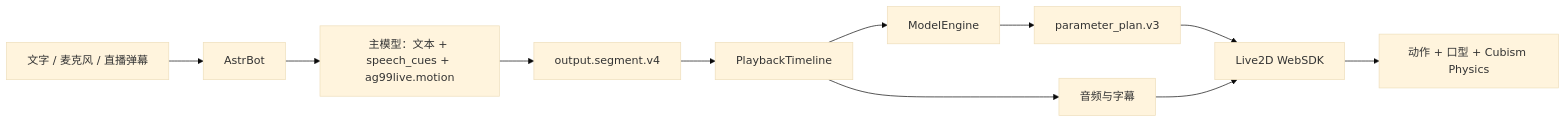
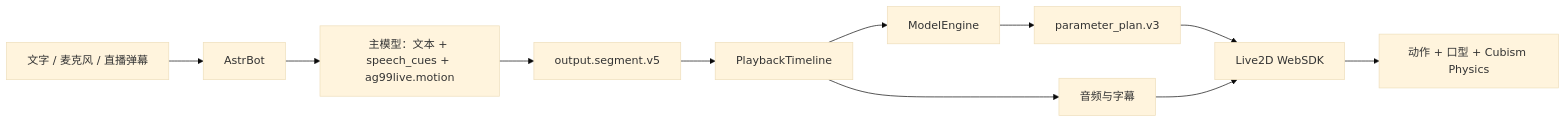
Before and after one commit to murphys7017/AG99live: the diagram in README.md, drawn with Mermaid (base theme). The commit also changed other lines of this file and 52 other files, not shown here.

````diff
--- a/README.md
+++ b/README.md
@@ -207,13 +207,13 @@
 ```mermaid
 flowchart LR
     U["文字 / 麦克风 / 直播弹幕"] --> A["AstrBot"]
     A --> P["主模型：文本 + speech_cues + ag99live.motion"]
-    P --> S["output.segment.v4"]
+    P --> S["output.segment.v5"]
     S --> T["PlaybackTimeline"]
     T --> AU["音频与字幕"]
     T --> M["ModelEngine"]
     M --> PL["parameter_plan.v3"]
     PL --> L["Live2D WebSDK"]
     AU --> L
     L --> R["动作 + 口型 + Cubism Physics"]
 ```
````
